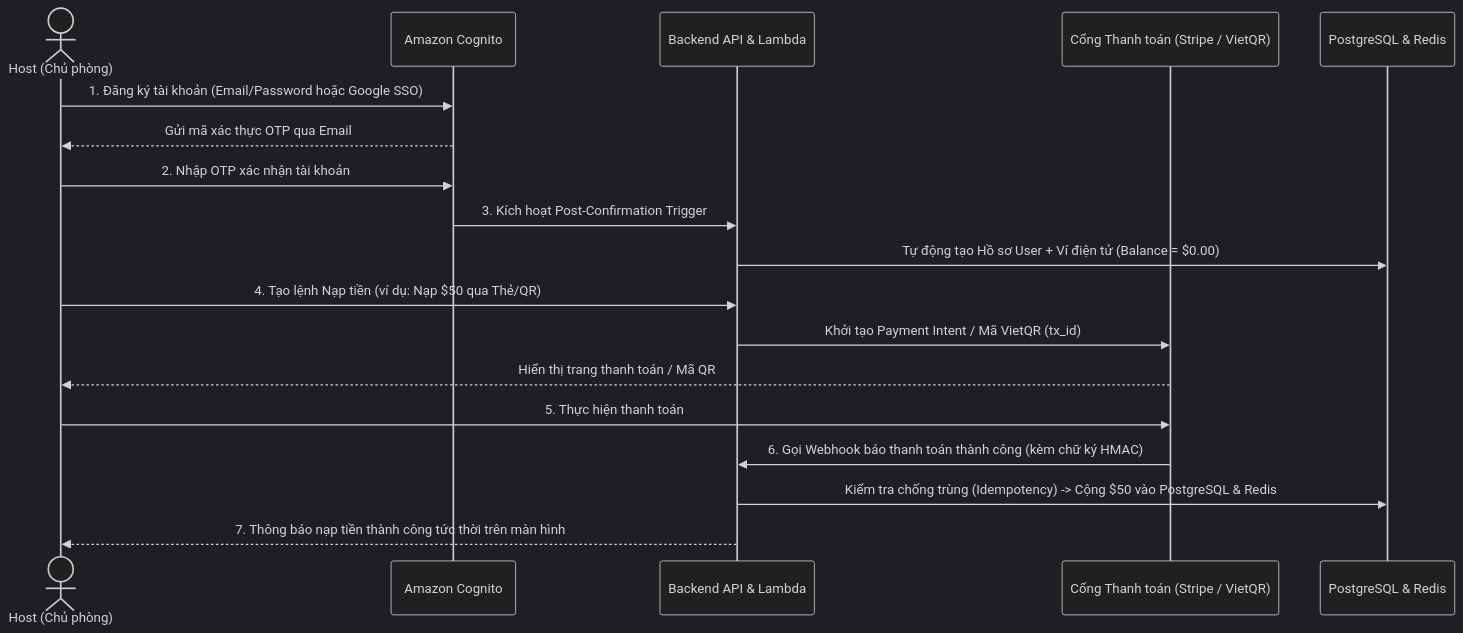
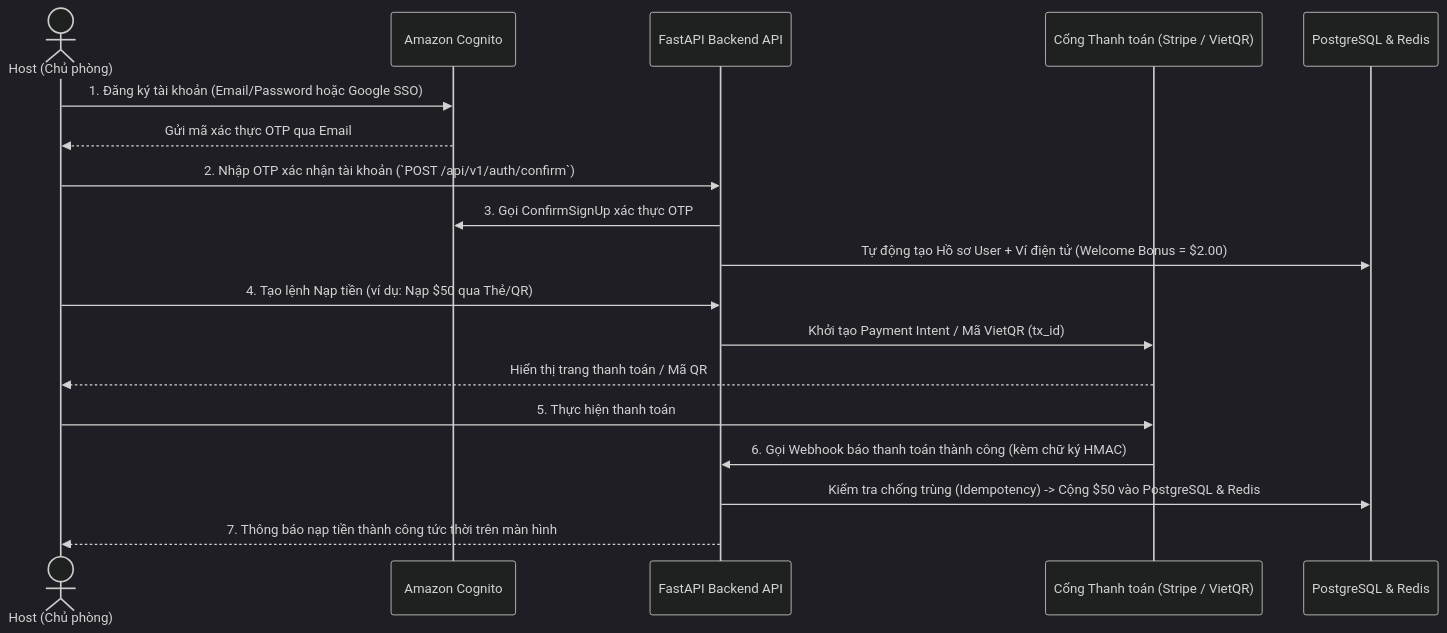
Before and after one commit to vuthehuyht/ws-translation-realtime: the first of 3 diagrams in docs/specs/01-business-requirements-and-billing.md, drawn with Mermaid (dark theme). The commit also changed other lines of this file and 7 other files, not shown here.

````diff
--- a/docs/specs/01-business-requirements-and-billing.md
+++ b/docs/specs/01-business-requirements-and-billing.md
@@ -41,21 +53,21 @@
 ```mermaid
 sequenceDiagram
     actor H as Host (Chủ phòng)
     participant Cognito as Amazon Cognito
-    participant API as Backend API & Lambda
+    participant API as FastAPI Backend API
     participant PG as Cổng Thanh toán (Stripe / VietQR)
     participant DB as PostgreSQL & Redis
 
     H->>Cognito: 1. Đăng ký tài khoản (Email/Password hoặc Google SSO)
     Cognito-->>H: Gửi mã xác thực OTP qua Email
-    H->>Cognito: 2. Nhập OTP xác nhận tài khoản
-    Cognito->>API: 3. Kích hoạt Post-Confirmation Trigger
-    API->>DB: Tự động tạo Hồ sơ User + Ví điện tử (Balance = $0.00)
+    H->>API: 2. Nhập OTP xác nhận tài khoản (`POST /api/v1/auth/confirm`)
+    API->>Cognito: 3. Gọi ConfirmSignUp xác thực OTP
+    API->>DB: Tự động tạo Hồ sơ User + Ví điện tử (Welcome Bonus = $2.00)
     H->>API: 4. Tạo lệnh Nạp tiền (ví dụ: Nạp $50 qua Thẻ/QR)
     API->>PG: Khởi tạo Payment Intent / Mã VietQR (tx_id)
     PG-->>H: Hiển thị trang thanh toán / Mã QR
     H->>PG: 5. Thực hiện thanh toán
     PG->>API: 6. Gọi Webhook báo thanh toán thành công (kèm chữ ký HMAC)
     API->>DB: Kiểm tra chống trùng (Idempotency) -> Cộng $50 vào PostgreSQL & Redis
     API-->>H: 7. Thông báo nạp tiền thành công tức thời trên màn hình
 ```
````
